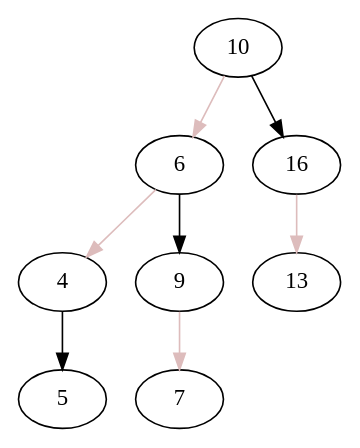
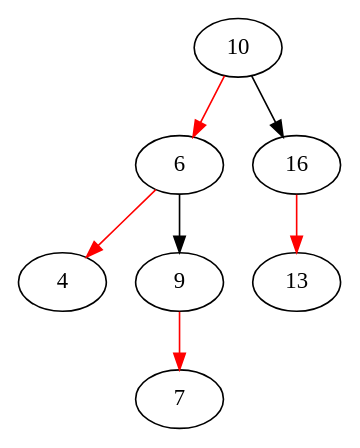
Before and after one commit to sunRainPenguin/javaSamples: the diagram in binarySearchTree/graph.dot, drawn with Graphviz. The commit also changed 5 other files, not shown here.

```diff
--- a/binarySearchTree/graph.dot
+++ b/binarySearchTree/graph.dot
@@ -1,9 +1,8 @@
 digraph g{
-10->6[color="#DDBCBC"]
-6->4[color="#DDBCBC"]
-4->5
+10->6[color=red]
+6->4[color=red]
 6->9
-9->7[color="#DDBCBC"]
+9->7[color=red]
 10->16
-16->13[color="#DDBCBC"]
+16->13[color=red]
 }
```
